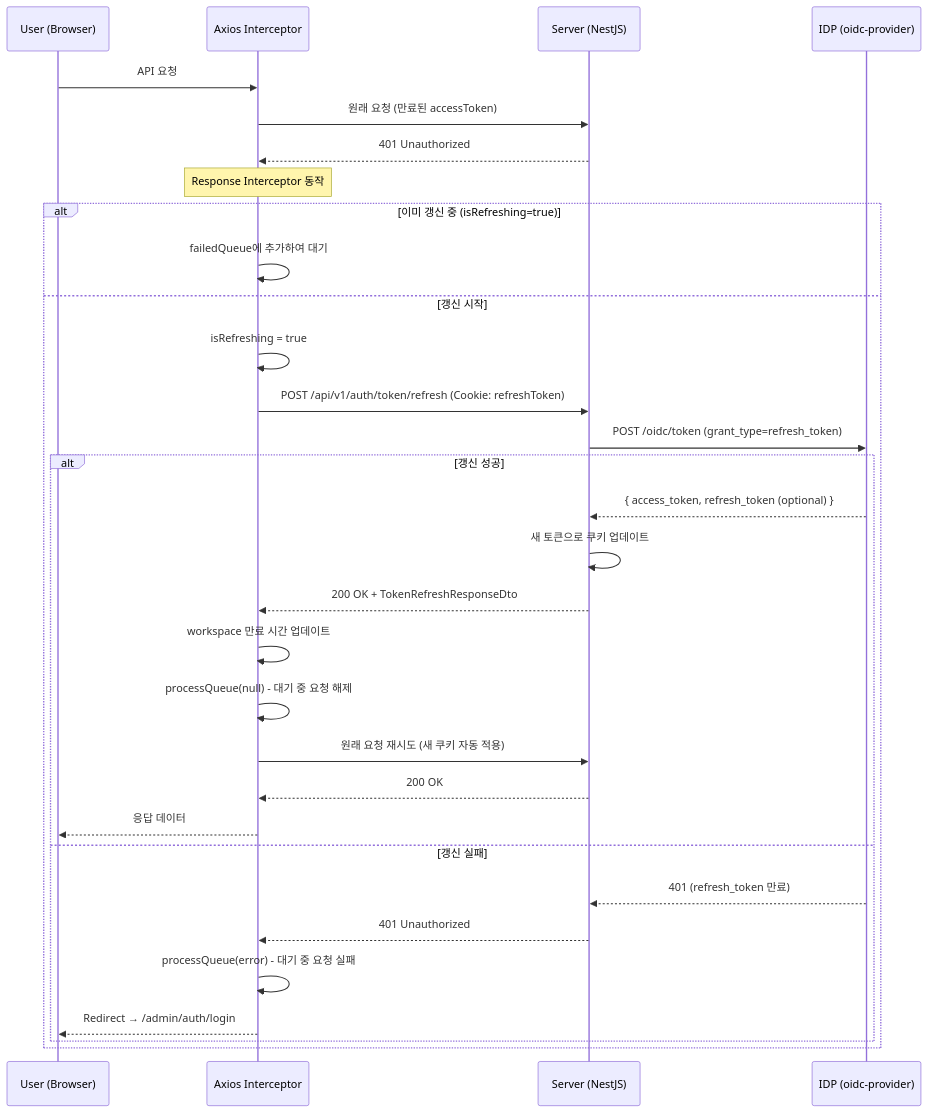
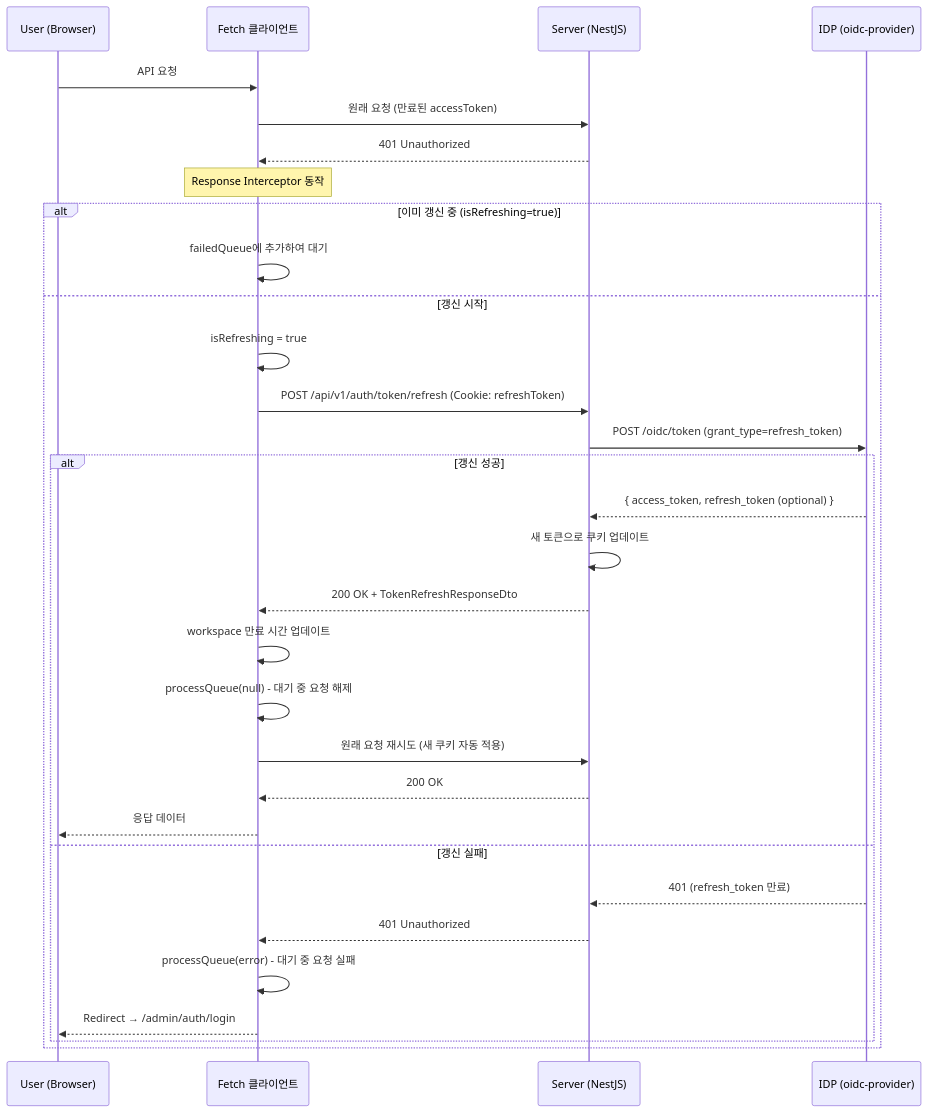
The third of 5 diagrams in packages/be-common/_spec/auth-security/oidc-auth-flow.md (kimjoongwon/prj-core), drawn with Mermaid before and after one commit. The commit also changed other lines of this file and 7 other files, not shown here.

````diff
--- a/packages/be-common/_spec/auth-security/oidc-auth-flow.md
+++ b/packages/be-common/_spec/auth-security/oidc-auth-flow.md
@@ -164,36 +164,36 @@
 ```mermaid
 sequenceDiagram
     participant U as User (Browser)
-    participant AX as Axios Interceptor
+    participant AX as Fetch 클라이언트
     participant S as Server (NestJS)
     participant I as IDP (oidc-provider)
 
     U->>AX: API 요청
     AX->>S: 원래 요청 (만료된 accessToken)
     S-->>AX: 401 Unauthorized
 
     Note over AX: Response Interceptor 동작
 
     alt 이미 갱신 중 (isRefreshing=true)
         AX->>AX: failedQueue에 추가하여 대기
     else 갱신 시작
         AX->>AX: isRefreshing = true
         AX->>S: POST /api/v1/auth/token/refresh (Cookie: refreshToken)
         S->>I: POST /oidc/token (grant_type=refresh_token)
         alt 갱신 성공
             I-->>S: { access_token, refresh_token (optional) }
             S->>S: 새 토큰으로 쿠키 업데이트
             S-->>AX: 200 OK + TokenRefreshResponseDto
             AX->>AX: workspace 만료 시간 업데이트
             AX->>AX: processQueue(null) - 대기 중 요청 해제
             AX->>S: 원래 요청 재시도 (새 쿠키 자동 적용)
             S-->>AX: 200 OK
             AX-->>U: 응답 데이터
         else 갱신 실패
             I-->>S: 401 (refresh_token 만료)
             S-->>AX: 401 Unauthorized
             AX->>AX: processQueue(error) - 대기 중 요청 실패
             AX-->>U: Redirect → /admin/auth/login
         end
     end
 ```
````
